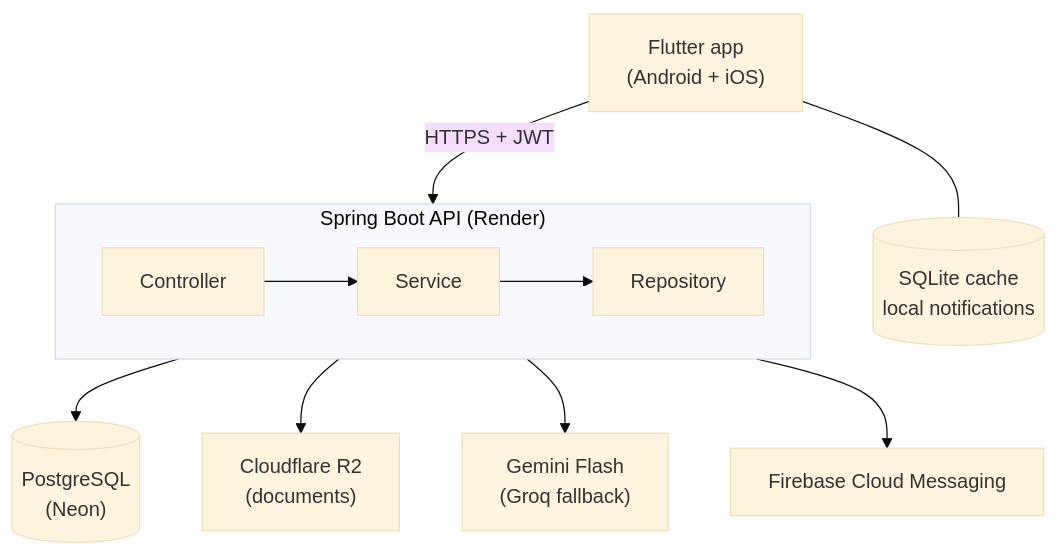
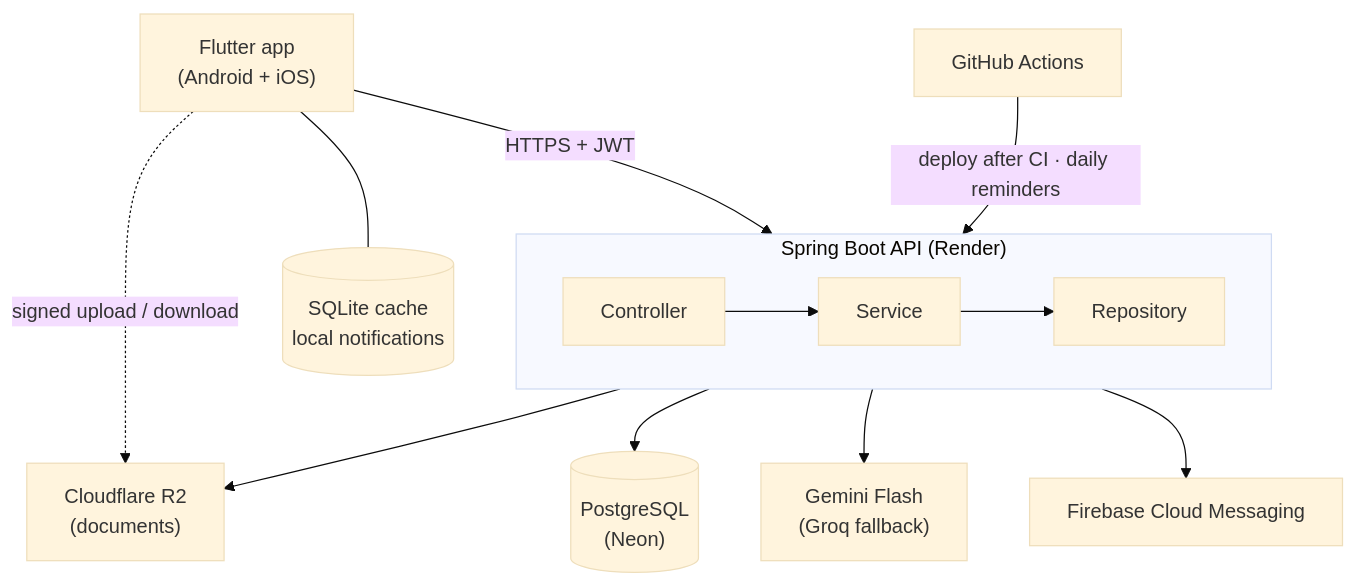
The diagram in README.md (Rimaz17/drivon), drawn with Mermaid (base theme) before and after one commit. The commit also changed other lines of this file, not shown here.

Commit message:
docs: show the architecture diagram and the live API in the README

````diff
--- a/README.md
+++ b/README.md
@@ -28,13 +41,15 @@
 ```mermaid
 flowchart TD
     app["Flutter app<br/>(Android + iOS)"] -- "HTTPS + JWT" --> api
     app --- local[("SQLite cache<br/>local notifications")]
     subgraph api["Spring Boot API (Render)"]
         direction LR
         c[Controller] --> s[Service] --> r[Repository]
     end
     r --> db[("PostgreSQL<br/>(Neon)")]
     s --> r2["Cloudflare R2<br/>(documents)"]
+    app -. "signed upload / download" .-> r2
     s --> ai["Gemini Flash<br/>(Groq fallback)"]
     s --> fcm["Firebase Cloud Messaging"]
+    gha["GitHub Actions"] -- "deploy after CI · daily reminders" --> api
 ```
````
